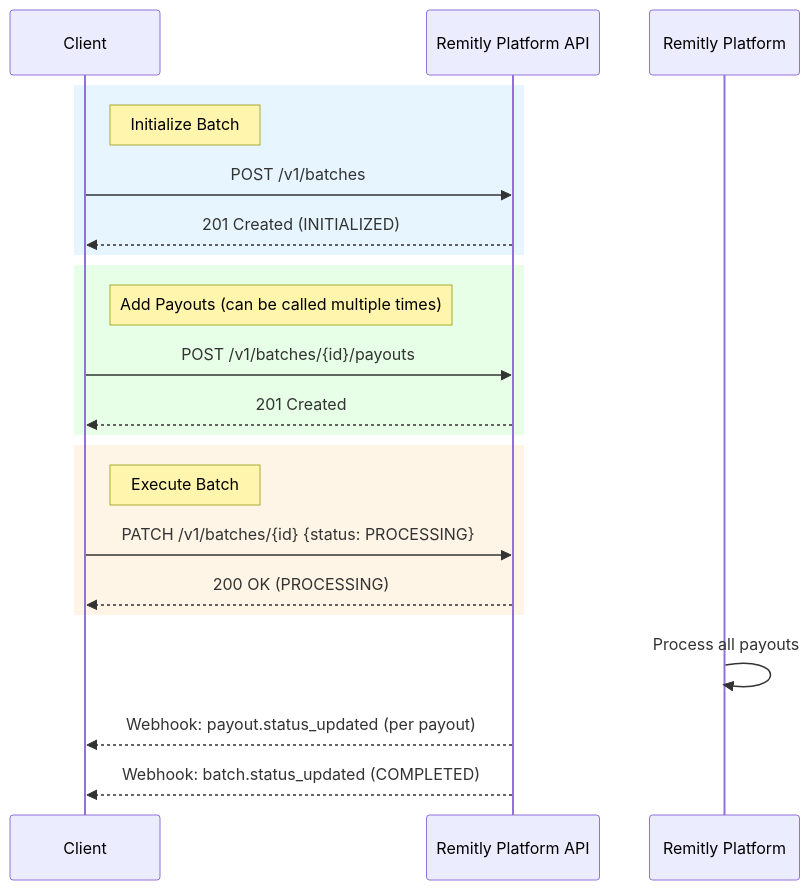
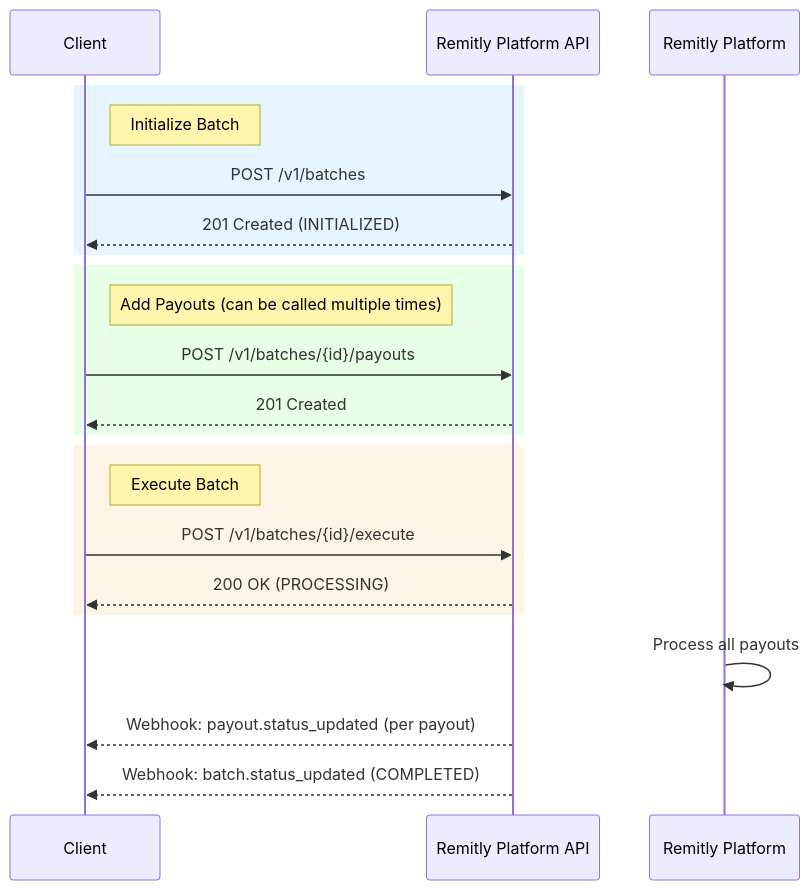
The second of 3 diagrams in website/docs/payouts/index.md (relyplat/relyplat.github.io), drawn with Mermaid before and after one commit. The commit also changed 7 other files, not shown here.

````diff
--- a/website/docs/payouts/index.md
+++ b/website/docs/payouts/index.md
@@ -27,28 +27,28 @@
 ```mermaid
 sequenceDiagram
     participant Client
     participant Remitly Platform API
     participant Remitly Platform
 
     rect rgb(230, 245, 255)
         Note right of Client: Initialize Batch
         Client->>Remitly Platform API: POST /v1/batches
         Remitly Platform API-->>Client: 201 Created (INITIALIZED)
     end
 
     rect rgb(230, 255, 230)
         Note right of Client: Add Payouts (can be called multiple times)
         Client->>Remitly Platform API: POST /v1/batches/{id}/payouts
         Remitly Platform API-->>Client: 201 Created
     end
 
     rect rgb(255, 245, 230)
         Note right of Client: Execute Batch
-        Client->>Remitly Platform API: PATCH /v1/batches/{id} {status: PROCESSING}
+        Client->>Remitly Platform API: POST /v1/batches/{id}/execute
         Remitly Platform API-->>Client: 200 OK (PROCESSING)
     end
 
     Remitly Platform->>Remitly Platform: Process all payouts
     Remitly Platform API-->>Client: Webhook: payout.status_updated (per payout)
     Remitly Platform API-->>Client: Webhook: batch.status_updated (COMPLETED)
 ```
````
